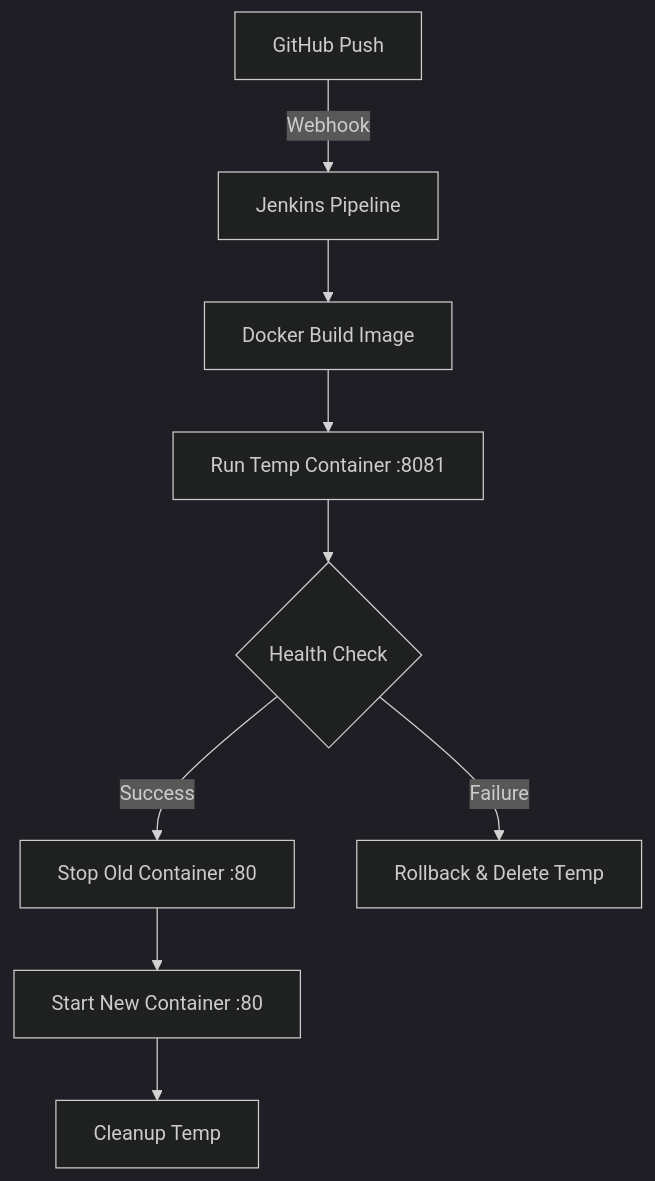
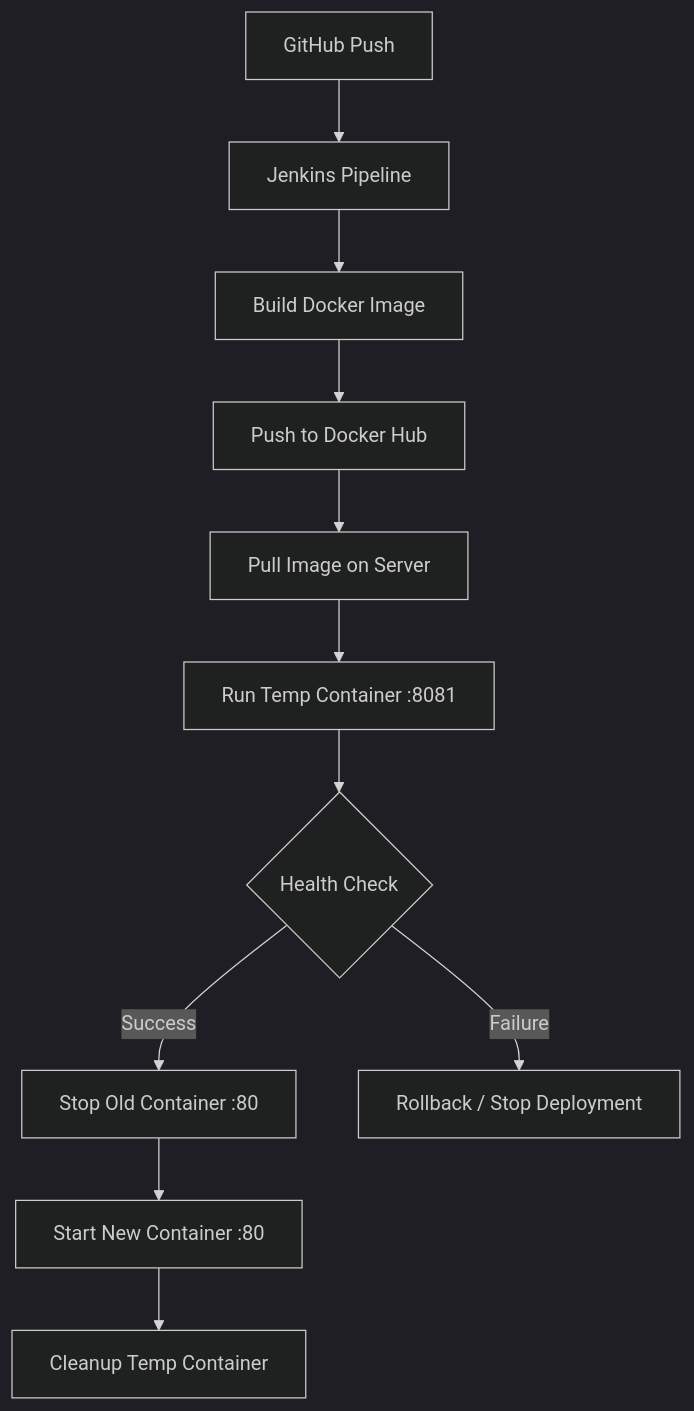
One commit to Ayush8873/Jenkins-setup-guide changed the diagram in README.md. Above: the diagram before and after it, drawn with Mermaid (dark theme). The commit also changed other lines of this file, not shown here.

````diff
--- a/README.md
+++ b/README.md
@@ -38,11 +51,13 @@
 ```mermaid
 graph TD
-    A[GitHub Push] -->|Webhook| B[Jenkins Pipeline]
-    B --> C[Docker Build Image]
-    C --> D[Run Temp Container :8081]
-    D --> E{Health Check}
-    E -- Success --> F[Stop Old Container :80]
-    F --> G[Start New Container :80]
-    G --> H[Cleanup Temp]
-    E -- Failure --> I[Rollback & Delete Temp]
+    A[GitHub Push] --> B[Jenkins Pipeline]
+    B --> C[Build Docker Image]
+    C --> D[Push to Docker Hub]
+    D --> E[Pull Image on Server]
+    E --> F[Run Temp Container :8081]
+    F --> G{Health Check}
+    G -- Success --> H[Stop Old Container :80]
+    H --> I[Start New Container :80]
+    I --> J[Cleanup Temp Container]
+    G -- Failure --> K[Rollback / Stop Deployment]
 ```
````
